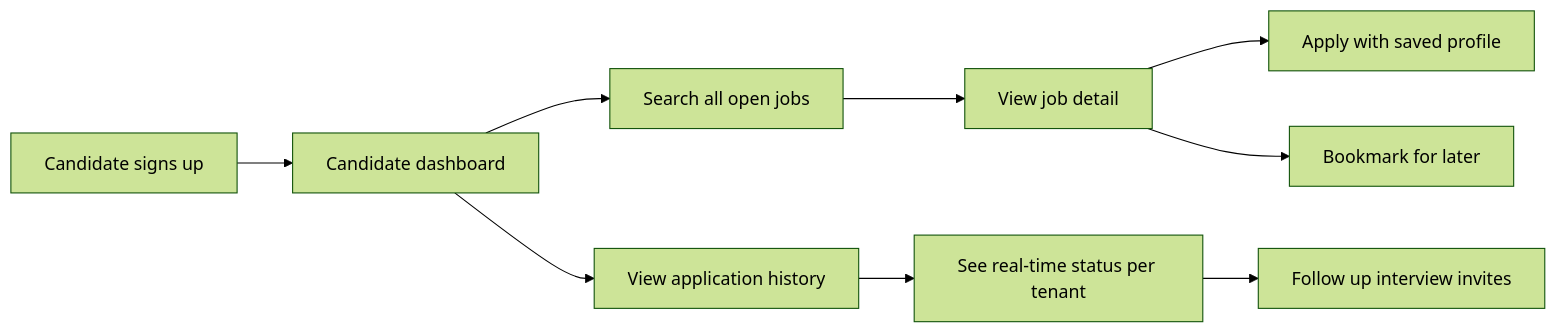
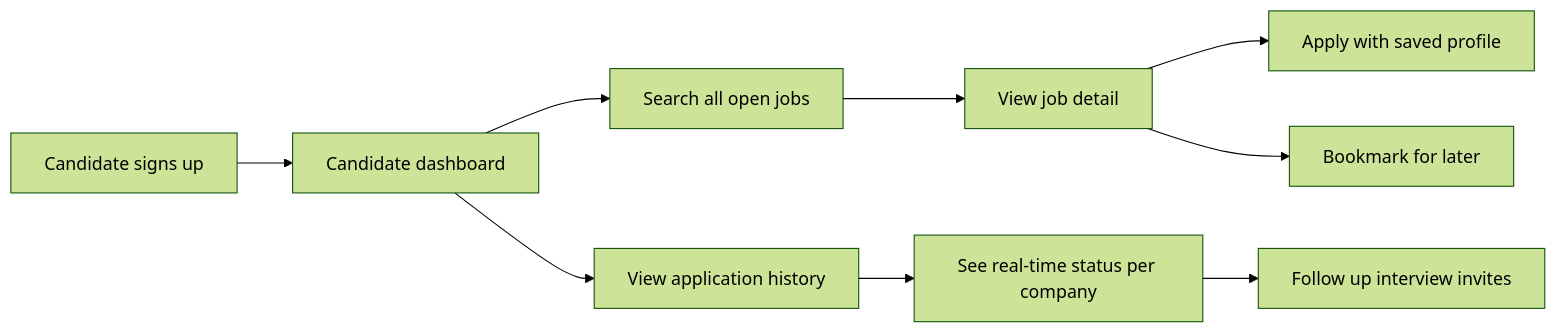
Before and after one commit to RedDotz20/talentpipe-crm: the sixth of 6 diagrams in docs/06_ROLE_INTERACTIONS.md, drawn with Mermaid (forest theme). The commit also changed other lines of this file and 158 other files, not shown here.

````diff
--- a/docs/06_ROLE_INTERACTIONS.md
+++ b/docs/06_ROLE_INTERACTIONS.md
@@ -121,11 +121,11 @@
 ```mermaid
 flowchart LR
   A[Candidate signs up] --> B[Candidate dashboard]
   B --> C[Search all open jobs]
   C --> D[View job detail]
   D --> E[Apply with saved profile]
   D --> F[Bookmark for later]
   B --> G[View application history]
-  G --> H[See real-time status per tenant]
+  G --> H[See real-time status per company]
   H --> I[Follow up interview invites]
 ```
````
